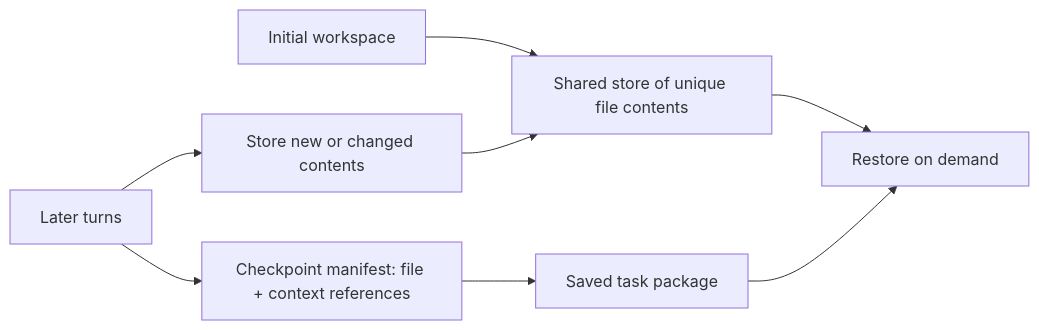
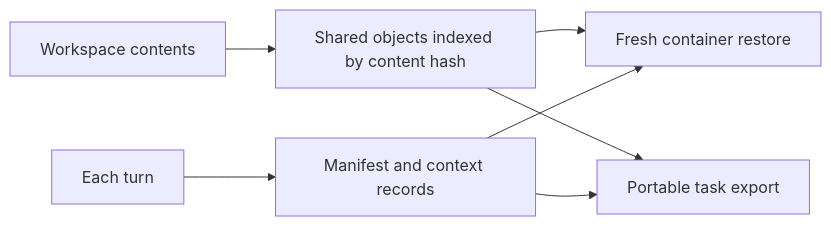
The second of 3 diagrams in design.md (jpbarona/rl-environment-harness), drawn with Mermaid before and after one commit. The commit also changed other lines of this file and 29 other files, not shown here.

````diff
--- a/design.md
+++ b/design.md
@@ -45,10 +35,9 @@
 ```mermaid
 flowchart LR
-    A[Initial workspace] --> B[Shared store of unique file contents]
-    C[Later turns] --> D[Store new or changed contents]
-    D --> B
-    C --> E[Checkpoint manifest: file + context references]
-    E --> F[Saved task package]
-    B --> G[Restore on demand]
-    F --> G
+    A[Workspace contents] --> B[Shared objects indexed by content hash]
+    C[Each turn] --> D[Manifest and context records]
+    B --> E[Fresh container restore]
+    D --> E
+    B --> F[Portable task export]
+    D --> F
 ```
````
